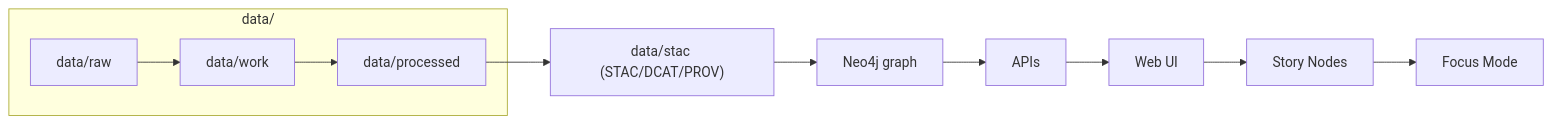
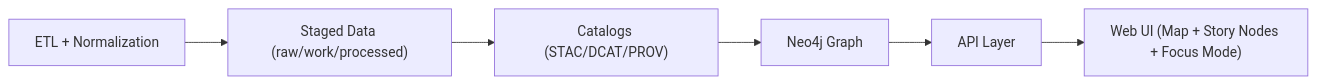
The diagram in data/README.md (bartytime4life/Kansas-Frontier-Matrix), drawn with Mermaid before and after one commit. The commit also changed other lines of this file, not shown here.

```diff
--- a/data/README.md
+++ b/data/README.md
@@ -176,13 +141,8 @@
 ~~~mermaid
- flowchart LR
-  subgraph DATA["data/"]
-    R["data/raw"] --> W["data/work"] --> P["data/processed"]
-  end
-
-  P --> C["data/stac (STAC/DCAT/PROV)"]
-  C --> G["Neo4j graph"]
-  G --> A["APIs"]
-  A --> U["Web UI"]
-  U --> S["Story Nodes"]
-  S --> F["Focus Mode"]
+flowchart LR
+  A["ETL + Normalization"] --> B["Staged Data (raw/work/processed)"]
+  B --> C["Catalogs (STAC/DCAT/PROV)"]
+  C --> D["Neo4j Graph"]
+  D --> E["API Layer"]
+  E --> F["Web UI (Map + Story Nodes + Focus Mode)"]
 ~~~
```
